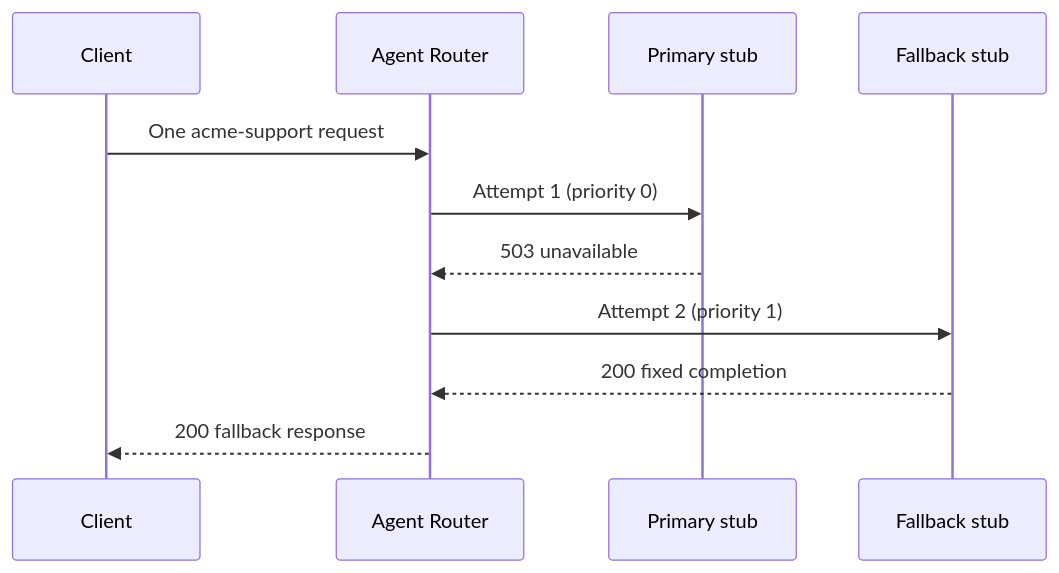
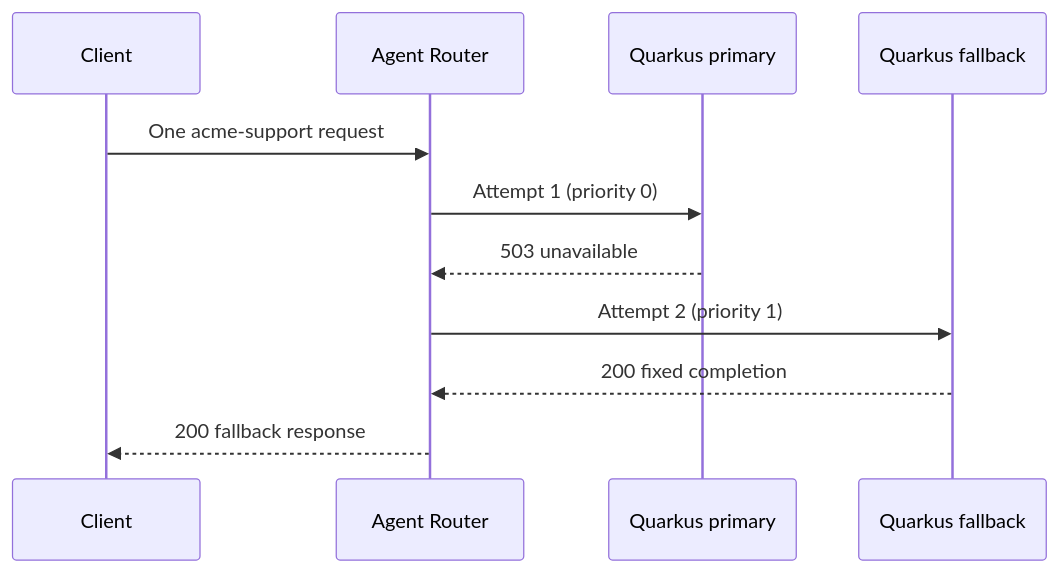
Before and after one commit to danieloh30/governed-agent-platform: the third of 3 diagrams in docs/tutorials/06-model-routing.md, drawn with Mermaid. The commit also changed other lines of this file and 23 other files, not shown here.

````diff
--- a/docs/tutorials/06-model-routing.md
+++ b/docs/tutorials/06-model-routing.md
@@ -226,13 +258,13 @@
 ```mermaid
 sequenceDiagram
     participant C as Client
     participant R as Agent Router
-    participant P as Primary stub
-    participant F as Fallback stub
+    participant P as Quarkus primary
+    participant F as Quarkus fallback
     C->>R: One acme-support request
     R->>P: Attempt 1 (priority 0)
     P-->>R: 503 unavailable
     R->>F: Attempt 2 (priority 1)
     F-->>R: 200 fixed completion
     R-->>C: 200 fallback response
 ```
````
